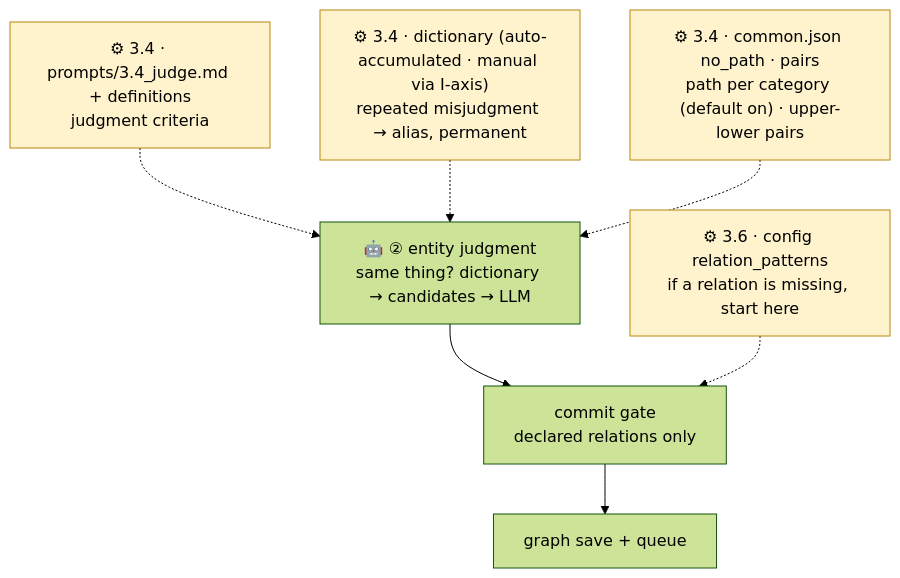
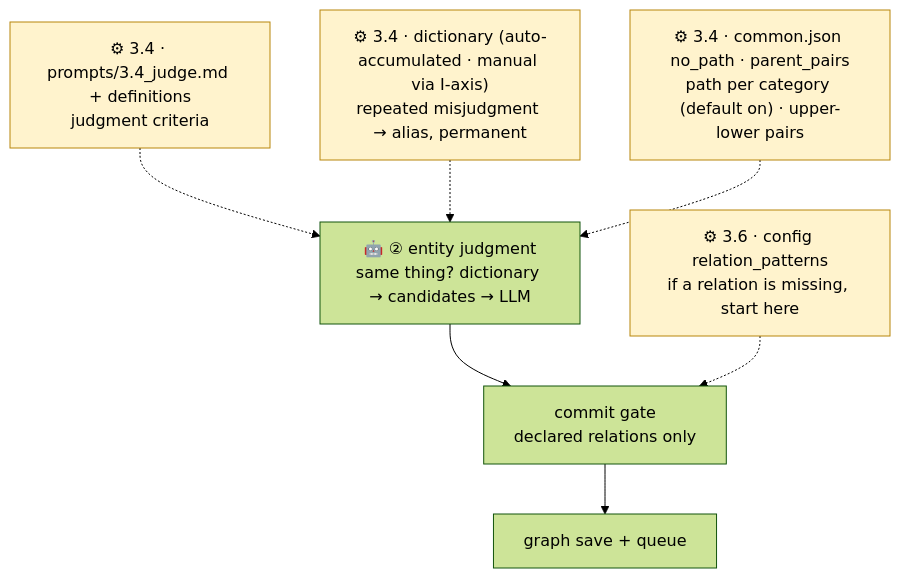
The third of 4 diagrams in docs/구조도/05_조절_지도.md (playjae0/ontology_system), drawn with Mermaid (forest theme) before and after one commit. The commit also changed other lines of this file and 58 other files, not shown here.

````diff
--- a/docs/구조도/05_조절_지도.md
+++ b/docs/구조도/05_조절_지도.md
@@ -60,11 +60,11 @@
 ```mermaid
 flowchart TD
   I["🤖 ② entity judgment<br/>same thing? dictionary → candidates → LLM"]
   I --> J["commit gate<br/>declared relations only"] --> K["graph save + queue"]
 
   Q2["⚙ 3.4 · prompts/3.4_judge.md + definitions<br/>judgment criteria"]:::knob -.-> I
   Q3["⚙ 3.4 · dictionary (auto-accumulated · manual via I-axis)<br/>repeated misjudgment → alias, permanent"]:::knob -.-> I
   Q4["⚙ 3.6 · config relation_patterns<br/>if a relation is missing, start here"]:::knob -.-> J
-  Q5["⚙ 3.4 · common.json no_path · pairs<br/>path per category (default on) · upper-lower pairs"]:::knob -.-> I
+  Q5["⚙ 3.4 · common.json no_path · parent_pairs<br/>path per category (default on) · upper-lower pairs"]:::knob -.-> I
   classDef knob fill:#fff3cd,stroke:#b8860b
 ```
````
